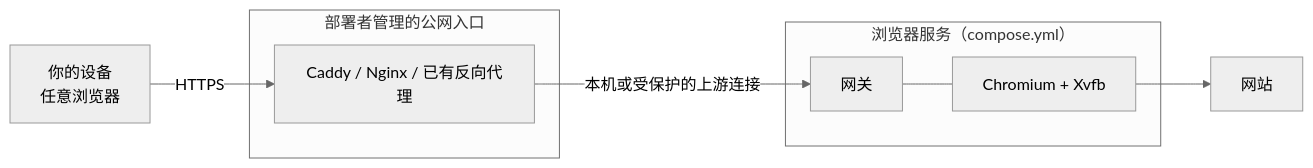
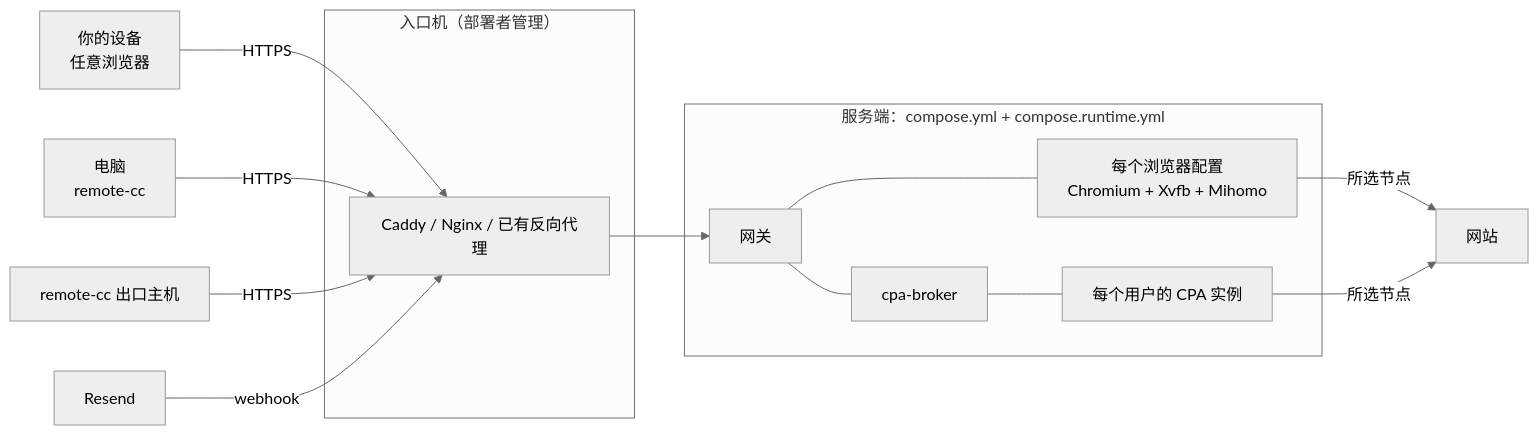
The diagram in README.md (NotDesigned/remote-claude-browser), drawn with Mermaid (neutral theme) before and after one commit. The commit also changed other lines of this file and 27 other files, not shown here.

````diff
--- a/README.md
+++ b/README.md
@@ -28,12 +28,18 @@
 ```mermaid
 flowchart LR
     U["你的设备<br/>任意浏览器"] -->|HTTPS| E
-    subgraph entry ["部署者管理的公网入口"]
+    PC["电脑<br/>remote-cc"] -->|HTTPS| E
+    EH["remote-cc 出口主机"] -->|HTTPS| E
+    R["Resend"] -->|webhook| E
+    subgraph entry ["入口机（部署者管理）"]
       E["Caddy / Nginx / 已有反向代理"]
     end
-    E -->|本机或受保护的上游连接| S
-    subgraph host ["浏览器服务（compose.yml）"]
-      S["网关"] --- B["Chromium + Xvfb"]
+    E --> G
+    subgraph server ["服务端：compose.yml + compose.runtime.yml"]
+      G["网关"] --- B["每个浏览器配置<br/>Chromium + Xvfb + Mihomo"]
+      G --- CB["cpa-broker"]
+      CB --- C["每个用户的 CPA 实例"]
     end
-    B --> W["网站"]
+    B -->|所选节点| W["网站"]
+    C -->|所选节点| W
 ```
````
